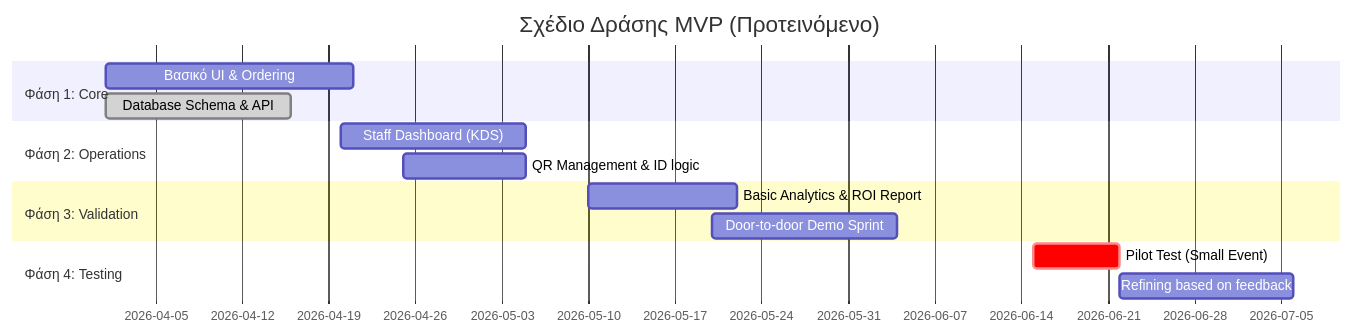
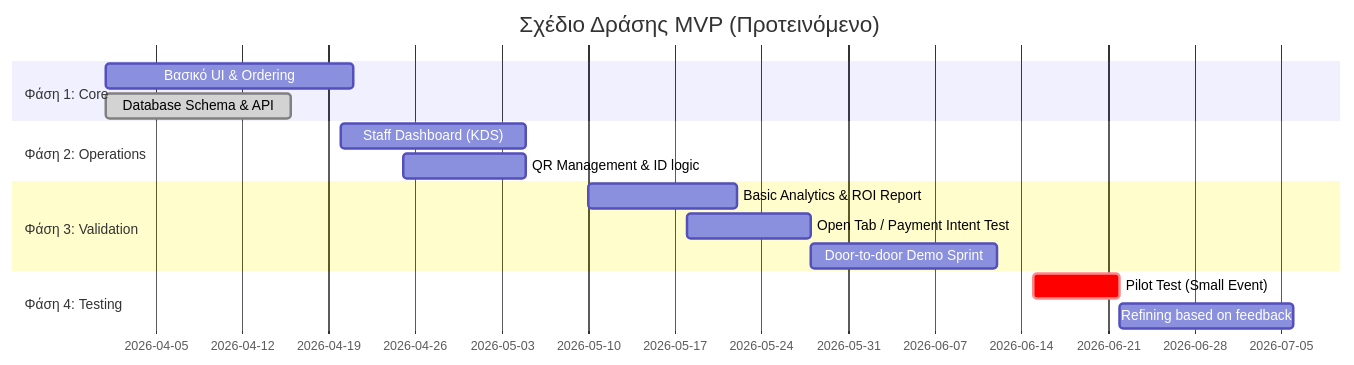
The diagram in business/roadmap.md (dolly450/orderly_docs), drawn with Mermaid before and after one commit. The commit also changed other lines of this file and 8 other files, not shown here.

````diff
--- a/business/roadmap.md
+++ b/business/roadmap.md
@@ -6,17 +6,18 @@
 ```mermaid
 gantt
     title Σχέδιο Δράσης MVP (Προτεινόμενο)
     dateFormat  YYYY-MM-DD
     section Φάση 1: Core
     Βασικό UI & Ordering       :a1, 2026-04-01, 20d
     Database Schema & API      :done, a2, 2026-04-01, 15d
     section Φάση 2: Operations
     Staff Dashboard (KDS)     :a3, 2026-04-20, 15d
     QR Management & ID logic   :a4, 2026-04-25, 10d
     section Φάση 3: Validation
     Basic Analytics & ROI Report :a5, 2026-05-10, 12d
-    Door-to-door Demo Sprint     :a6, 2026-05-20, 15d
+    Open Tab / Payment Intent Test :a6, 2026-05-18, 10d
+    Door-to-door Demo Sprint     :a7, 2026-05-28, 15d
     section Φάση 4: Testing
-    Pilot Test (Small Event)   :crit, a7, 2026-06-15, 7d
-    Refining based on feedback :a8, 2026-06-22, 14d
+    Pilot Test (Small Event)   :crit, a8, 2026-06-15, 7d
+    Refining based on feedback :a9, 2026-06-22, 14d
 ```
````
